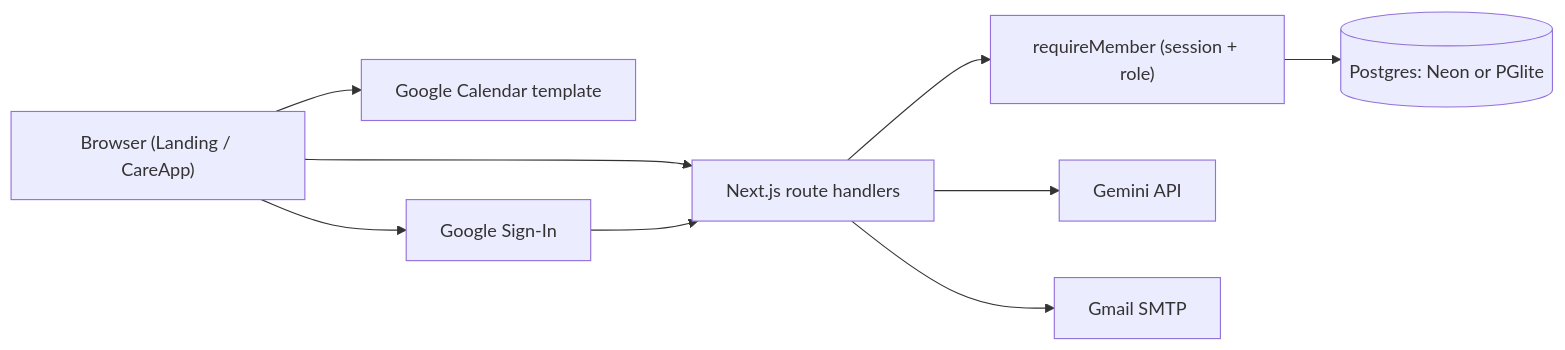
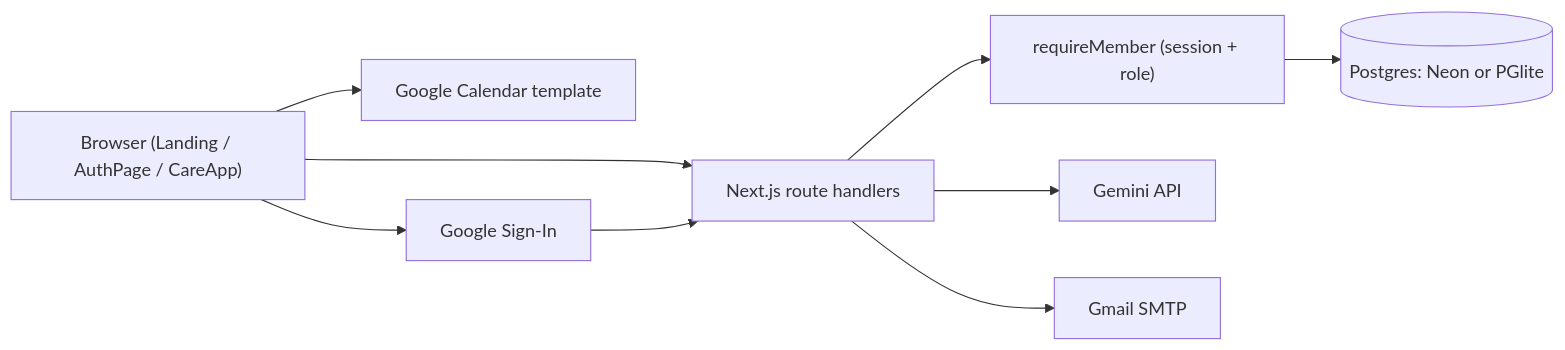
Before and after one commit to Ramithachowdary/apnahaath: the diagram in ARCHITECTURE.md, drawn with Mermaid. The commit also changed other lines of this file and 4 other files, not shown here.

````diff
--- a/ARCHITECTURE.md
+++ b/ARCHITECTURE.md
@@ -5,18 +5,18 @@
 ```mermaid
 flowchart LR
-  Browser["Browser (Landing / CareApp)"]
+  Browser["Browser (Landing / AuthPage / CareApp)"]
   API["Next.js route handlers"]
   Auth["requireMember (session + role)"]
   DB[("Postgres: Neon or PGlite")]
   Gemini["Gemini API"]
   Gmail["Gmail SMTP"]
   Calendar["Google Calendar template"]
   OAuth["Google Sign-In"]
 
   Browser --> API
   Browser --> Calendar
   Browser --> OAuth --> API
   API --> Auth --> DB
   API --> Gemini
   API --> Gmail
 ```
````
